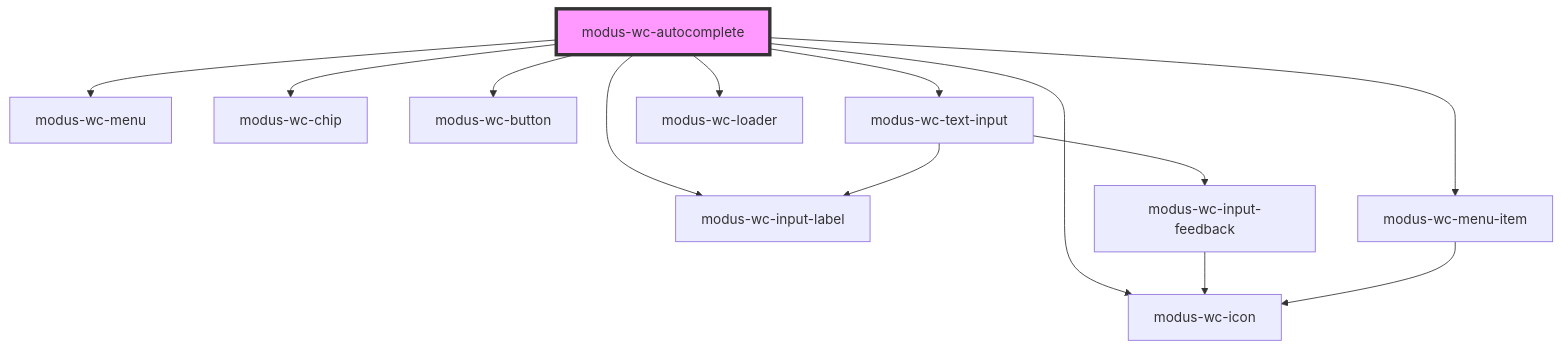
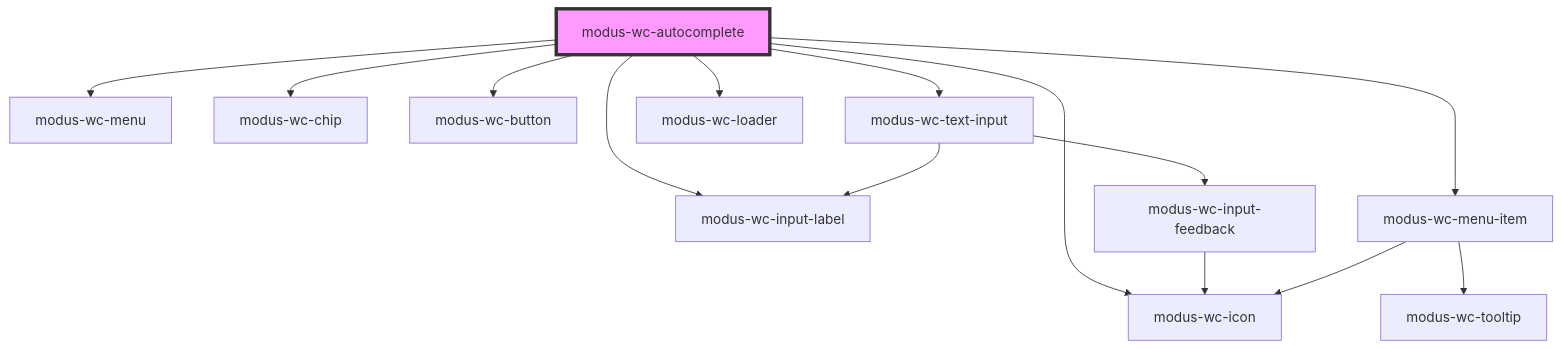
One commit to trimble-oss/modus-wc-2.0 changed the diagram in src/components/modus-wc-autocomplete/readme.md. Above: the diagram before and after it, drawn with Mermaid. The commit also changed 20 other files, not shown here.

Commit message:
Autocomplete: Add support to show tooltip on menu items on hover  (#571)

````diff
--- a/src/components/modus-wc-autocomplete/readme.md
+++ b/src/components/modus-wc-autocomplete/readme.md
@@ -141,16 +141,17 @@
 ```mermaid
 graph TD;
   modus-wc-autocomplete --> modus-wc-input-label
   modus-wc-autocomplete --> modus-wc-menu
   modus-wc-autocomplete --> modus-wc-chip
   modus-wc-autocomplete --> modus-wc-button
   modus-wc-autocomplete --> modus-wc-icon
   modus-wc-autocomplete --> modus-wc-text-input
   modus-wc-autocomplete --> modus-wc-loader
   modus-wc-autocomplete --> modus-wc-menu-item
   modus-wc-text-input --> modus-wc-input-label
   modus-wc-text-input --> modus-wc-input-feedback
   modus-wc-input-feedback --> modus-wc-icon
+  modus-wc-menu-item --> modus-wc-tooltip
   modus-wc-menu-item --> modus-wc-icon
   style modus-wc-autocomplete fill:#f9f,stroke:#333,stroke-width:4px
 ```
````
